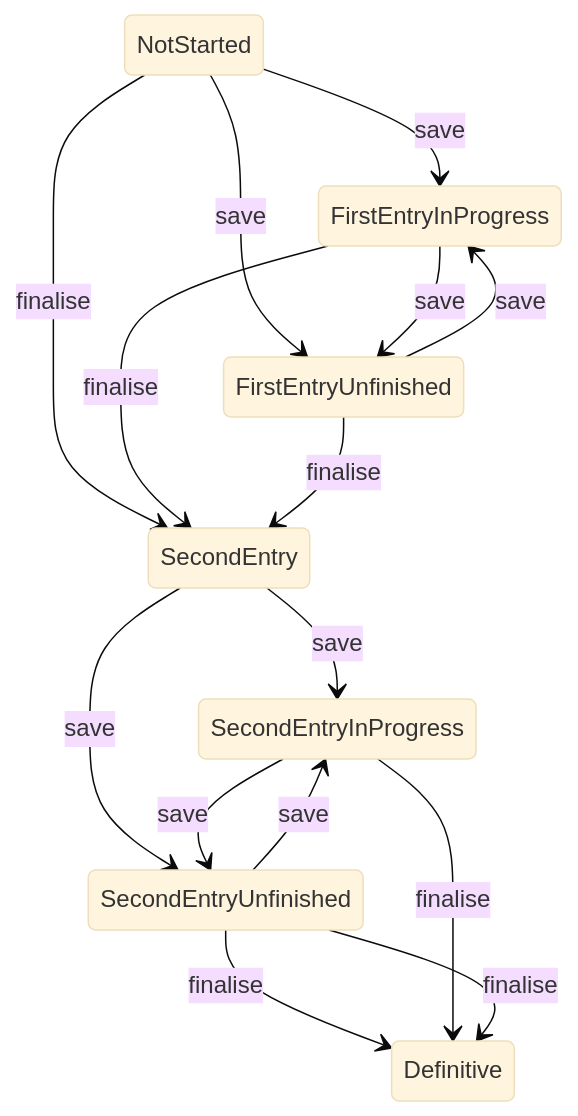
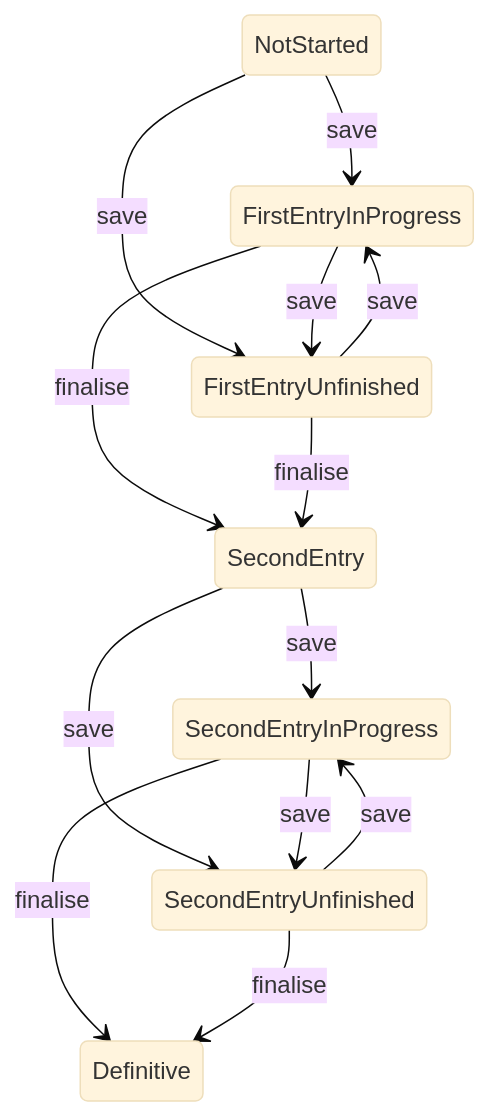
The diagram in documentatie/flowcharts/polling-station-state.md (kiesraad/abacus), drawn with Mermaid (base theme) before and after one commit. The commit also changed 8 other files, not shown here.

````diff
--- a/documentatie/flowcharts/polling-station-state.md
+++ b/documentatie/flowcharts/polling-station-state.md
@@ -6,20 +6,20 @@
 ```mermaid
 stateDiagram
 NotStarted --> FirstEntryInProgress: save
 NotStarted --> FirstEntryUnfinished: save
-NotStarted --> SecondEntry: finalise
 
 FirstEntryInProgress --> FirstEntryUnfinished: save
 FirstEntryInProgress --> SecondEntry: finalise
+
 FirstEntryUnfinished --> FirstEntryInProgress: save
 FirstEntryUnfinished --> SecondEntry: finalise
 
 SecondEntry --> SecondEntryInProgress: save
 SecondEntry --> SecondEntryUnfinished: save
-SecondEntryUnfinished --> Definitive: finalise
 
 SecondEntryInProgress --> SecondEntryUnfinished: save
 SecondEntryInProgress --> Definitive: finalise
+
 SecondEntryUnfinished --> SecondEntryInProgress: save
 SecondEntryUnfinished --> Definitive: finalise
 ```
````
